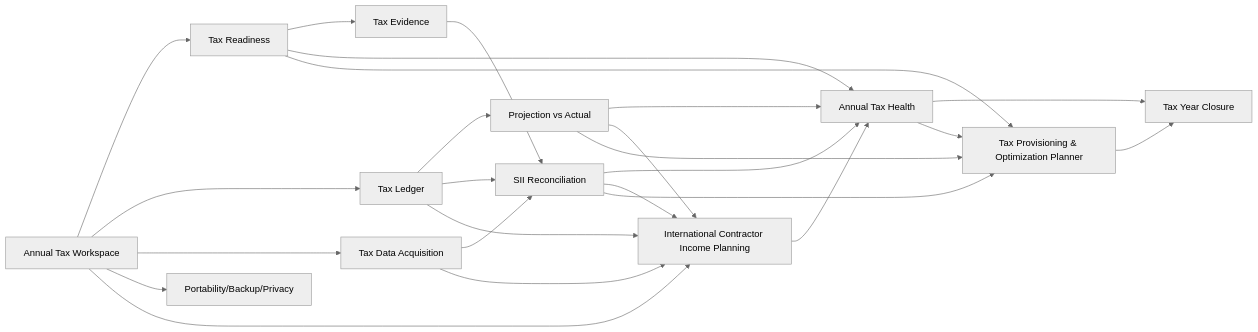
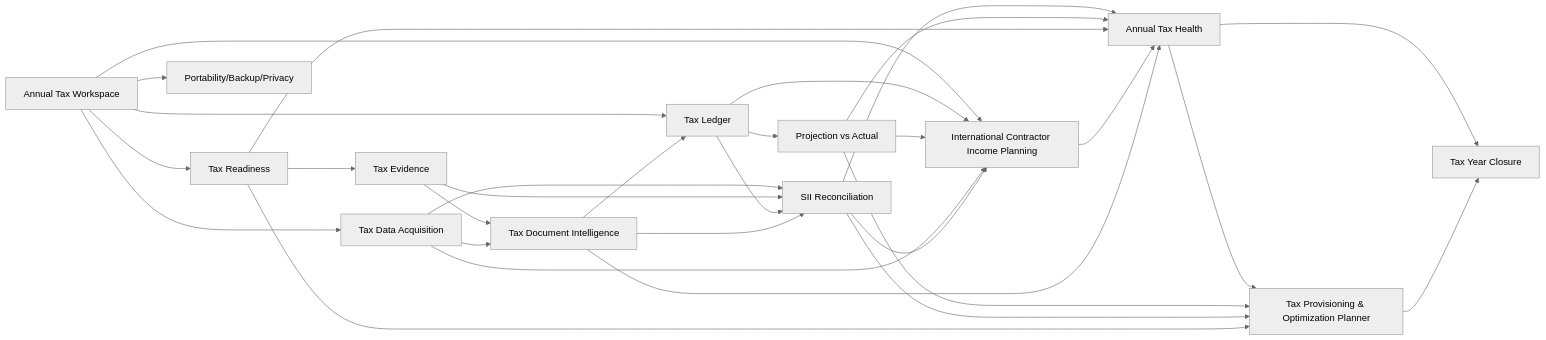
One commit to adumun/personal-tax-ledger changed the diagram in docs/backlog/tax-management-expansion.md. Above: the diagram before and after it, drawn with Mermaid (neutral theme). The commit also changed other lines of this file, not shown here.

Commit message:
docs(backlog): add TAX cloud and document intelligence epic

````diff
--- a/docs/backlog/tax-management-expansion.md
+++ b/docs/backlog/tax-management-expansion.md
@@ -81,29 +100,35 @@
 ```mermaid
 flowchart LR
   W[Annual Tax Workspace] --> R[Tax Readiness]
   W --> L[Tax Ledger]
   W --> A[Tax Data Acquisition]
   R --> E[Tax Evidence]
   L --> P[Projection vs Actual]
   A --> C[SII Reconciliation]
   E --> C
   L --> C
   C --> H[Annual Tax Health]
   P --> H
   R --> H
   H --> Y[Tax Year Closure]
   W --> B[Portability/Backup/Privacy]
 
   W --> IC[International Contractor Income Planning]
   L --> IC
   P --> IC
   A --> IC
   C --> IC
   IC --> H
 
   H --> O[Tax Provisioning & Optimization Planner]
   P --> O
   C --> O
   R --> O
   O --> Y
+
+  E --> D[Tax Document Intelligence]
+  A --> D
+  D --> L
+  D --> C
+  D --> H
 ```
````
